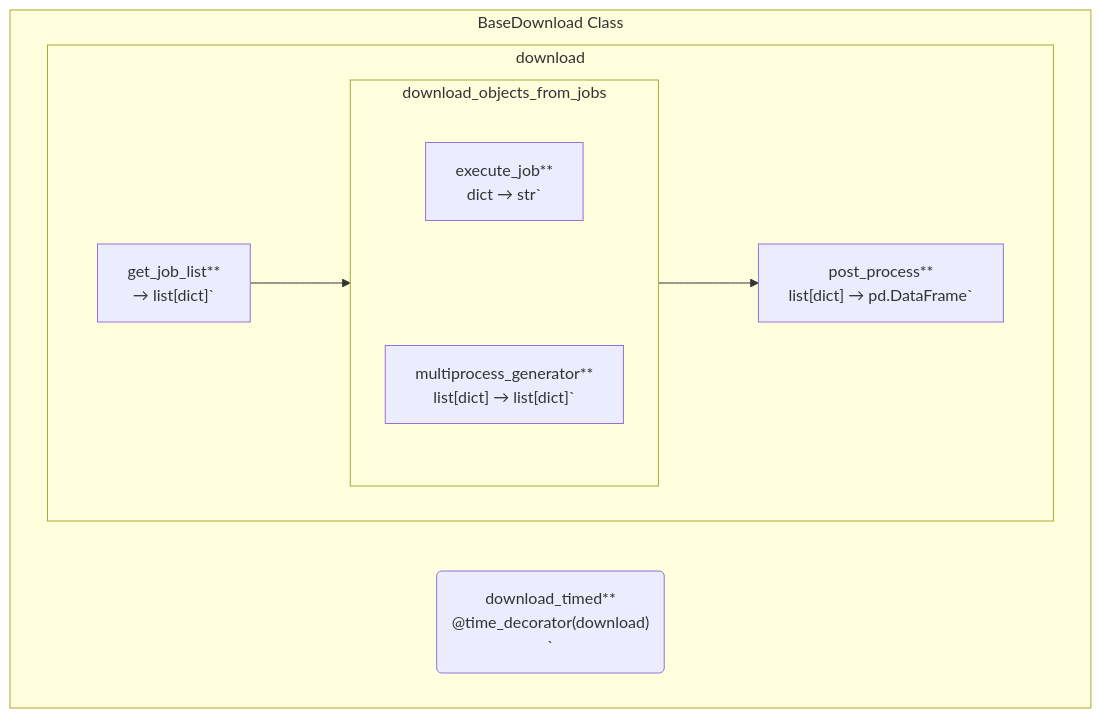
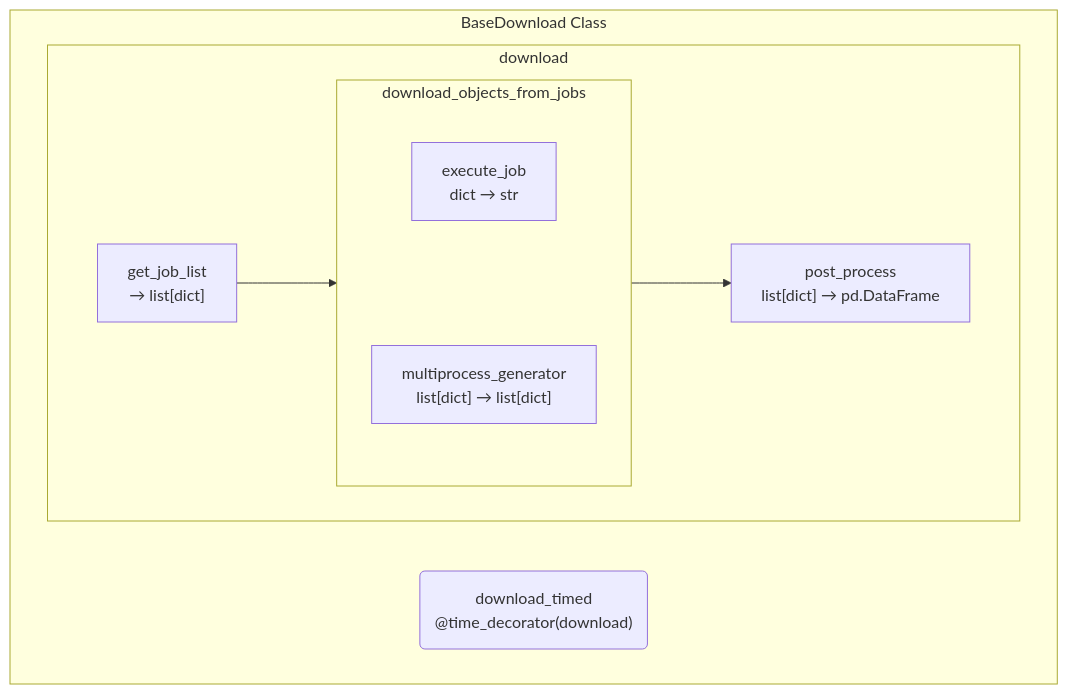
One commit to gwatkinson/jump_download changed the first of 3 diagrams in README.md. Above: the diagram before and after it, drawn with Mermaid. The commit also changed other lines of this file, not shown here.

Commit message:
Fix mermaid flow chart

````diff
--- a/README.md
+++ b/README.md
@@ -213,32 +213,32 @@
 ```mermaid
 flowchart TD
 subgraph "BaseDownload Class"
     direction LR
 
 
     subgraph "download"
         direction LR
-        a["get_job_list**
-        #8594; list[dict]`"]
+        a["get_job_list
+        #8594; list[dict]"]
 
-        c["post_process**
-        list[dict] #8594; pd.DataFrame`"]
+        c["post_process
+        list[dict] #8594; pd.DataFrame"]
 
         subgraph b["download_objects_from_jobs"]
             direction TB
-            ba["multiprocess_generator**
-            list[dict] #8594; list[dict]`"]
-            bb["execute_job**
-            dict #8594; str`"]
+            ba["multiprocess_generator
+            list[dict] #8594; list[dict]"]
+            bb["execute_job
+            dict #8594; str"]
             bb ~~~ ba
         end
 
         a --> b --> c
     end
 
-    d("download_timed**
+    d("download_timed
     @time_decorator(download)
-    `")
+    ")
 
 end
 ```
````
